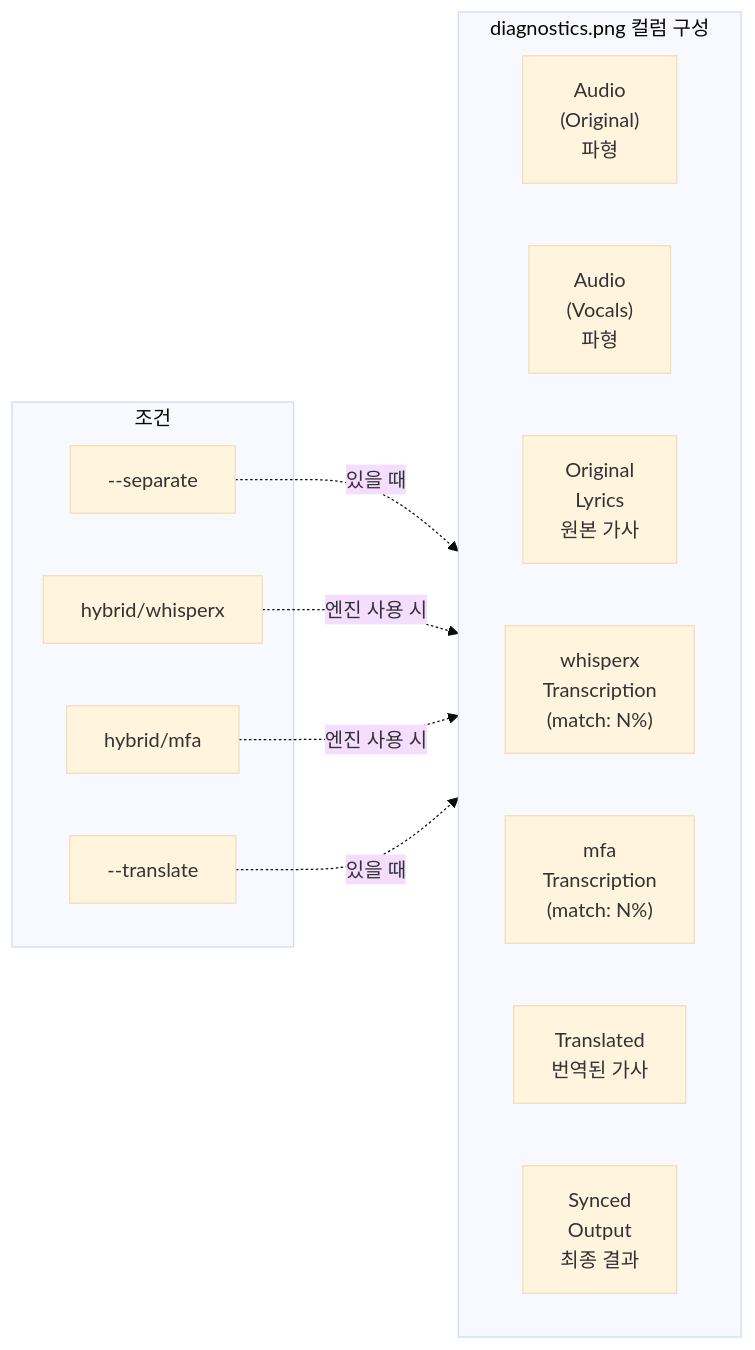
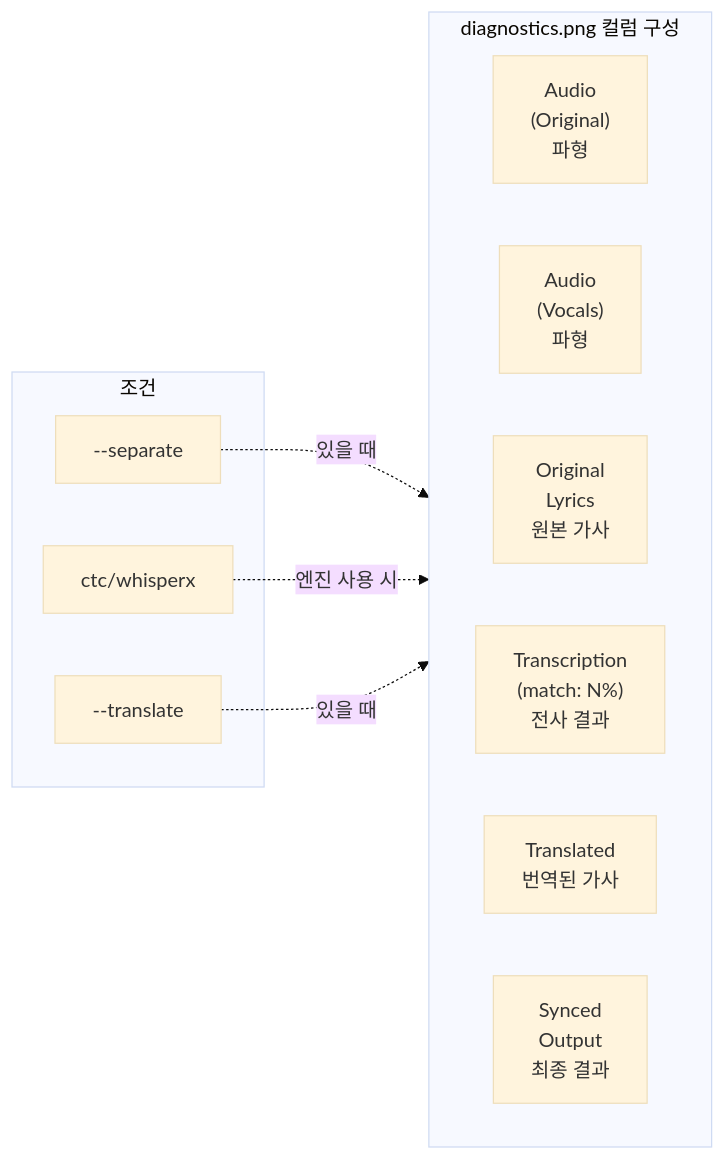
The diagram in diagrams/03_diagnostics_structure.mermaid (onpe5679/Everyric2), drawn with Mermaid before and after one commit. The commit also changed 3 other files, not shown here.

Commit message:
ctc다이어그램업데이트

```diff
--- a/diagrams/03_diagnostics_structure.mermaid
+++ b/diagrams/03_diagnostics_structure.mermaid
@@ -1,24 +1,21 @@
 %%{init: {'theme': 'base'}}%%
 flowchart LR
     subgraph PNG["diagnostics.png 컬럼 구성"]
         direction LR
         A["Audio<br/>(Original)<br/>파형"]
         B["Audio<br/>(Vocals)<br/>파형"]
         C["Original<br/>Lyrics<br/>원본 가사"]
-        D["whisperx<br/>Transcription<br/>(match: N%)"]
-        E["mfa<br/>Transcription<br/>(match: N%)"]
+        D["Transcription<br/>(match: N%)<br/>전사 결과"]
         F["Translated<br/>번역된 가사"]
         G["Synced<br/>Output<br/>최종 결과"]
     end
 
     subgraph CONDITIONS["조건"]
         B1["--separate"]
-        B2["hybrid/whisperx"]
-        B3["hybrid/mfa"]
+        B2["ctc/whisperx"]
         B4["--translate"]
     end
 
     B1 -.->|있을 때| B
     B2 -.->|엔진 사용 시| D
-    B3 -.->|엔진 사용 시| E
     B4 -.->|있을 때| F
```
